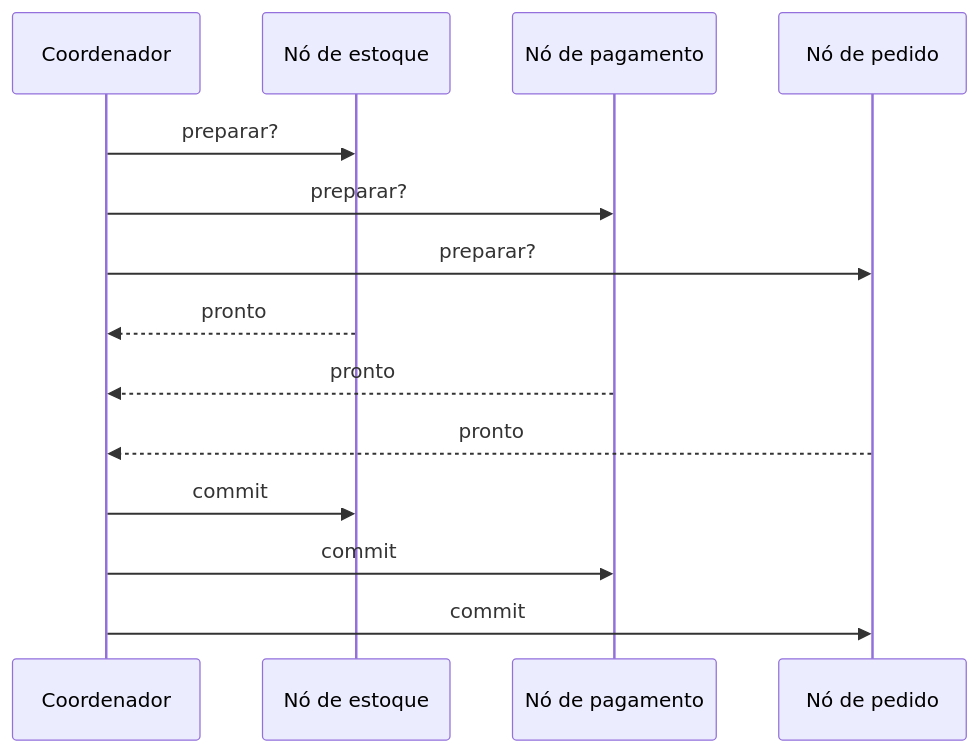
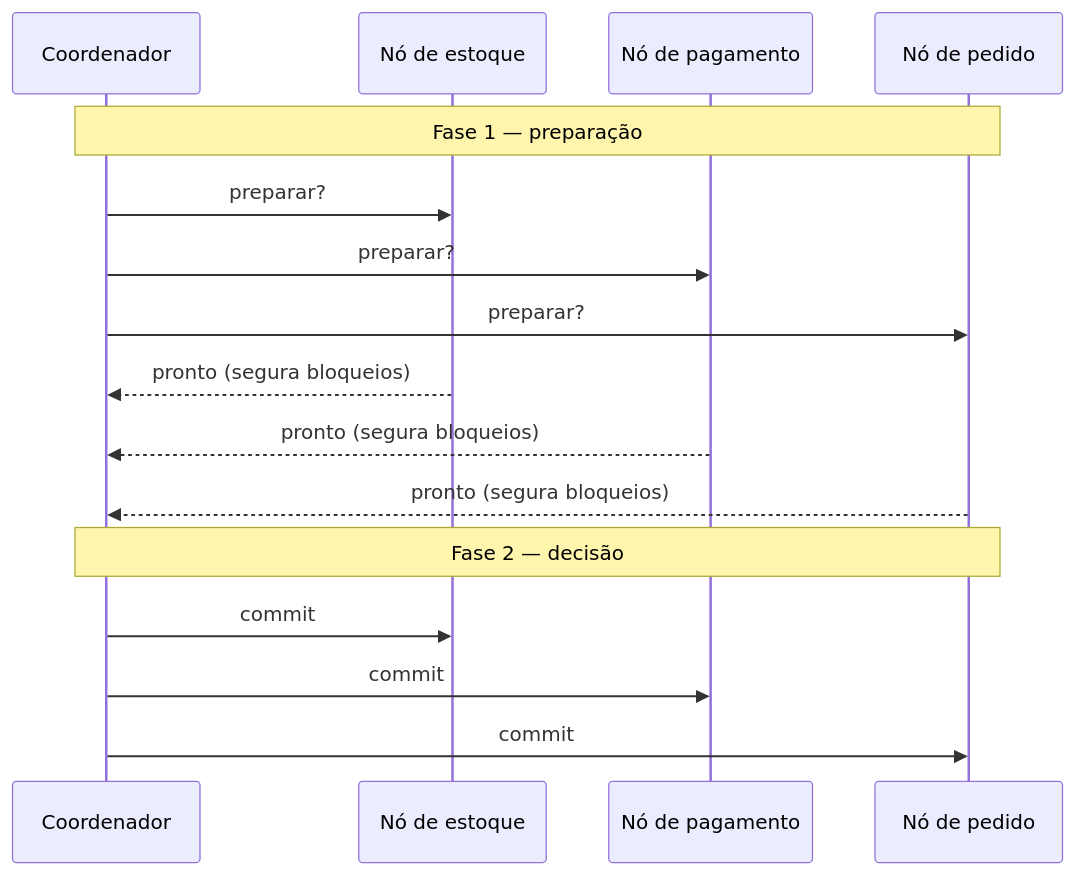
The first of 2 diagrams in content/cap06/02-transacoes-distribuidas.qmd (BragaD/UnDF-BancodeDados-202601), drawn with Mermaid before and after one commit. The commit also changed other lines of this file and 13 other files, not shown here.

````diff
--- a/content/cap06/02-transacoes-distribuidas.qmd
+++ b/content/cap06/02-transacoes-distribuidas.qmd
@@ -34,16 +43,18 @@
 ```{mermaid}
 sequenceDiagram
     participant C as Coordenador
     participant E as Nó de estoque
     participant P as Nó de pagamento
     participant O as Nó de pedido
+    Note over C,O: Fase 1 — preparação
     C->>E: preparar?
     C->>P: preparar?
     C->>O: preparar?
-    E-->>C: pronto
-    P-->>C: pronto
-    O-->>C: pronto
+    E-->>C: pronto (segura bloqueios)
+    P-->>C: pronto (segura bloqueios)
+    O-->>C: pronto (segura bloqueios)
+    Note over C,O: Fase 2 — decisão
     C->>E: commit
     C->>P: commit
     C->>O: commit
 ```
````
